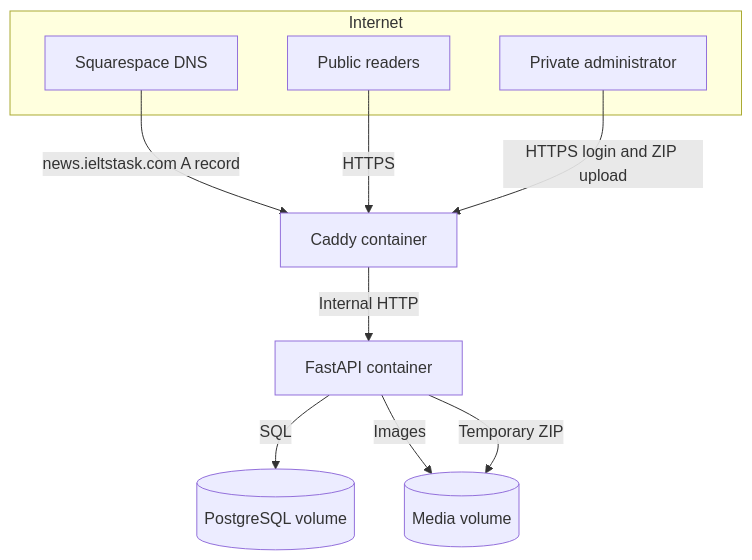
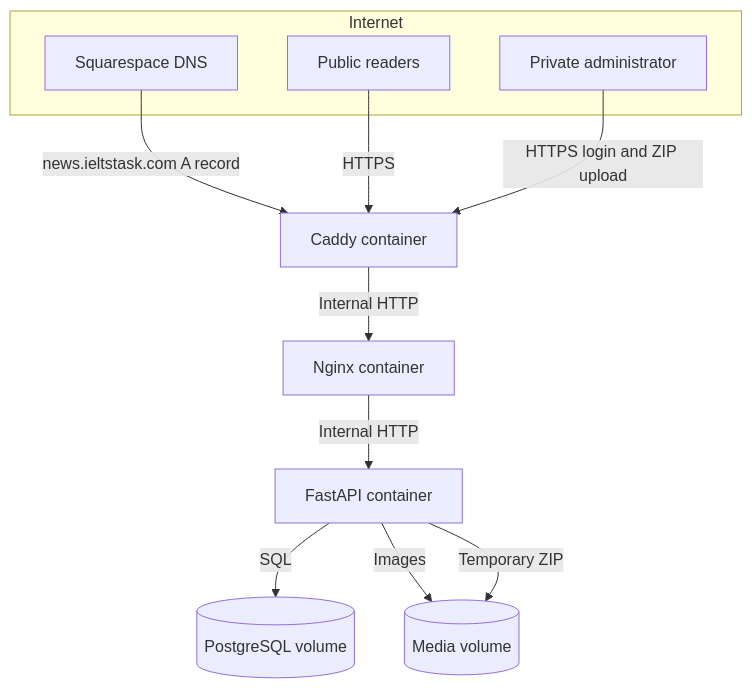
Before and after one commit to psainaveen12/NewsWebsite: the diagram in docs/full-e2e-architecture.md, drawn with Mermaid. The commit also changed other lines of this file and 6 other files, not shown here.

````diff
--- a/docs/full-e2e-architecture.md
+++ b/docs/full-e2e-architecture.md
@@ -7,15 +7,16 @@
 ```mermaid
 flowchart TB
   subgraph Internet
     U[Public readers]
     N[Private administrator]
     D[Squarespace DNS]
   end
   D -->|news.ieltstask.com A record| C
   U -->|HTTPS| C[Caddy container]
   N -->|HTTPS login and ZIP upload| C
-  C -->|Internal HTTP| API[FastAPI container]
+  C -->|Internal HTTP| NG[Nginx container]
+  NG -->|Internal HTTP| API[FastAPI container]
   API -->|SQL| DB[(PostgreSQL volume)]
   API -->|Images| MEDIA[(Media volume)]
   API -->|Temporary ZIP| MEDIA
 ```
````
